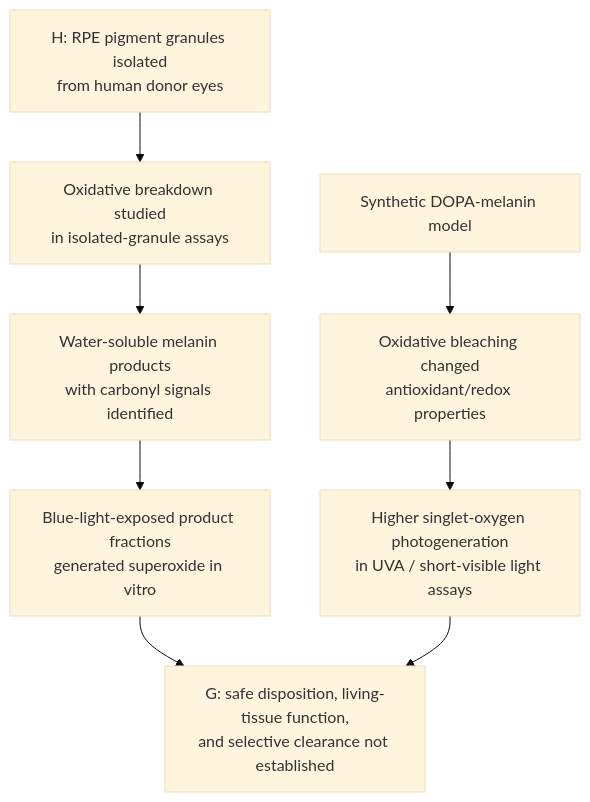
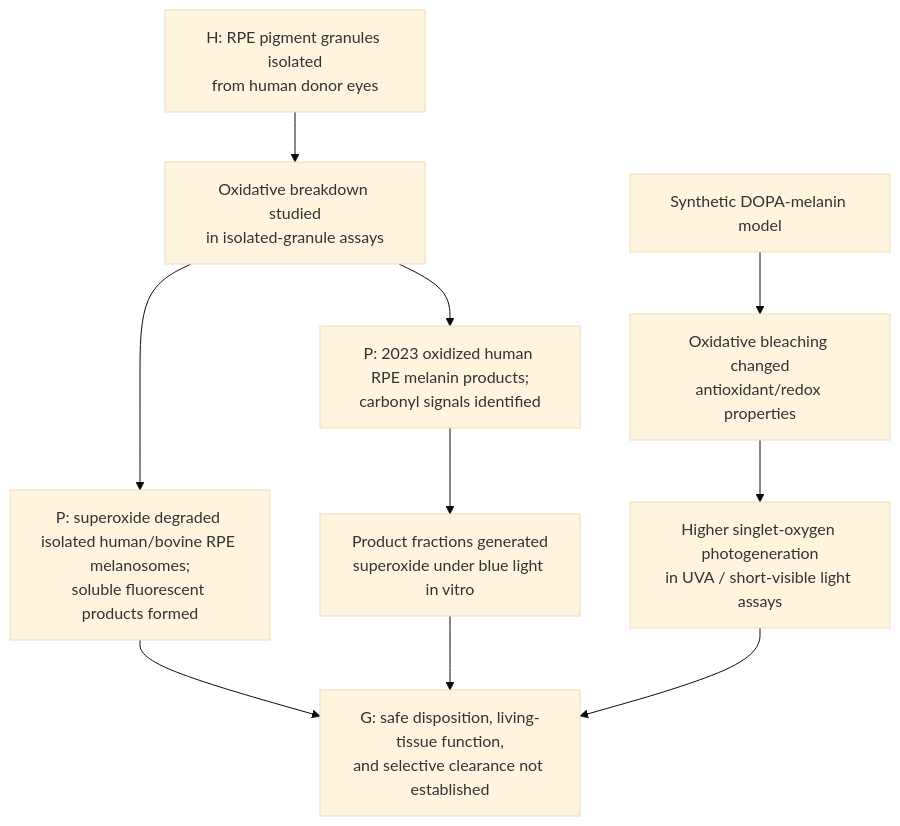
Before and after one commit to dylanstechmann/iris-color-without-contacts: diagram 12 of 27 in research/tissue-pigment-atlas.md, drawn with Mermaid (base theme). The commit also changed other lines of this file, not shown here.

Commit message:
Add human skin and RPE melanin photochemistry findings

````diff
--- a/research/tissue-pigment-atlas.md
+++ b/research/tissue-pigment-atlas.md
@@ -329,10 +331,12 @@
 ```mermaid
 flowchart TD
     H["H: RPE pigment granules isolated<br/>from human donor eyes"] --> O["Oxidative breakdown studied<br/>in isolated-granule assays"]
-    O --> P["Water-soluble melanin products<br/>with carbonyl signals identified"]
-    P --> S["Blue-light-exposed product fractions<br/>generated superoxide in vitro"]
+    O --> SO["P: superoxide degraded isolated human/bovine RPE melanosomes;<br/>soluble fluorescent products formed"]
+    SO --> G
+    O --> P["P: 2023 oxidized human RPE melanin products;<br/>carbonyl signals identified"]
+    P --> S["Product fractions generated<br/>superoxide under blue light in vitro"]
     D["Synthetic DOPA-melanin model"] --> B["Oxidative bleaching changed<br/>antioxidant/redox properties"]
     B --> R["Higher singlet-oxygen photogeneration<br/>in UVA / short-visible light assays"]
     S --> G["G: safe disposition, living-tissue function,<br/>and selective clearance not established"]
     R --> G
 ```
````
